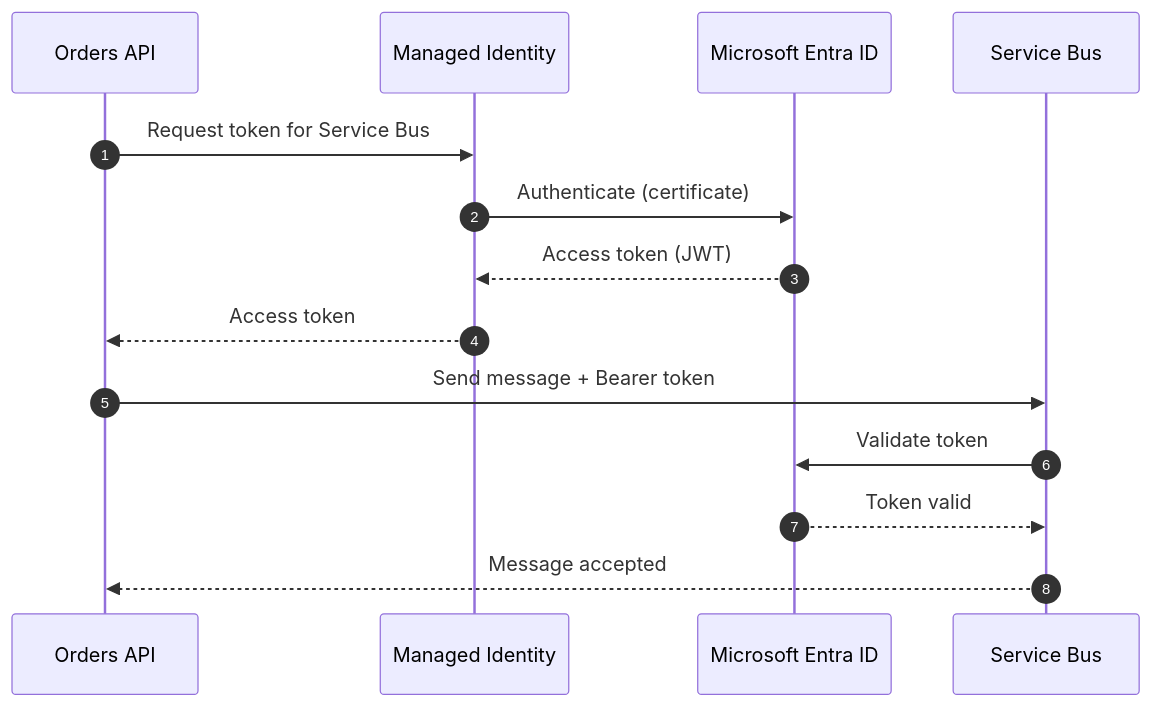
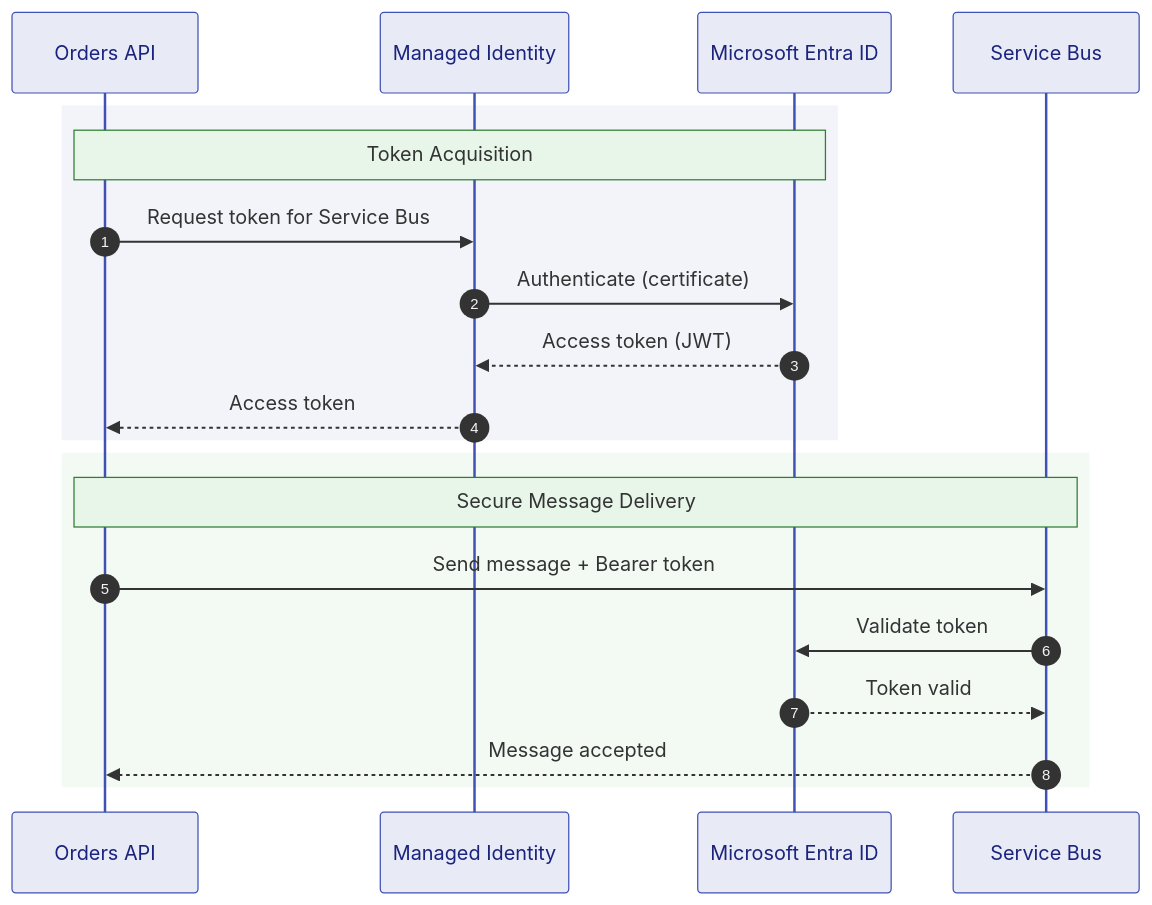
One commit to Evilazaro/Azure-LogicApps-Monitoring changed the second of 3 diagrams in docs/architecture/06-security-architecture.md. Above: the diagram before and after it, drawn with Mermaid. The commit also changed other lines of this file, not shown here.

Commit message:
Enhance security architecture documentation with improved Mermaid diagram styles and accessibility features

````diff
--- a/docs/architecture/06-security-architecture.md
+++ b/docs/architecture/06-security-architecture.md
@@ -175,17 +177,25 @@
 ```mermaid
+%%{init: {'theme': 'base', 'themeVariables': { 'fontSize': '14px', 'actorBkg': '#e8eaf6', 'actorBorder': '#3f51b5', 'actorTextColor': '#1a237e', 'noteBkgColor': '#e8f5e9', 'noteBorderColor': '#2e7d32'}}}%%
 sequenceDiagram
     autonumber
     participant API as Orders API
     participant MI as Managed Identity
     participant AAD as Microsoft Entra ID
     participant SB as Service Bus
 
-    API->>MI: Request token for Service Bus
-    MI->>AAD: Authenticate (certificate)
-    AAD-->>MI: Access token (JWT)
-    MI-->>API: Access token
-    API->>SB: Send message + Bearer token
-    SB->>AAD: Validate token
-    AAD-->>SB: Token valid
-    SB-->>API: Message accepted
+    rect rgba(232, 234, 246, 0.5)
+        Note over API,AAD: Token Acquisition
+        API->>MI: Request token for Service Bus
+        MI->>AAD: Authenticate (certificate)
+        AAD-->>MI: Access token (JWT)
+        MI-->>API: Access token
+    end
+
+    rect rgba(232, 245, 233, 0.5)
+        Note over API,SB: Secure Message Delivery
+        API->>SB: Send message + Bearer token
+        SB->>AAD: Validate token
+        AAD-->>SB: Token valid
+        SB-->>API: Message accepted
+    end
 ```
````
